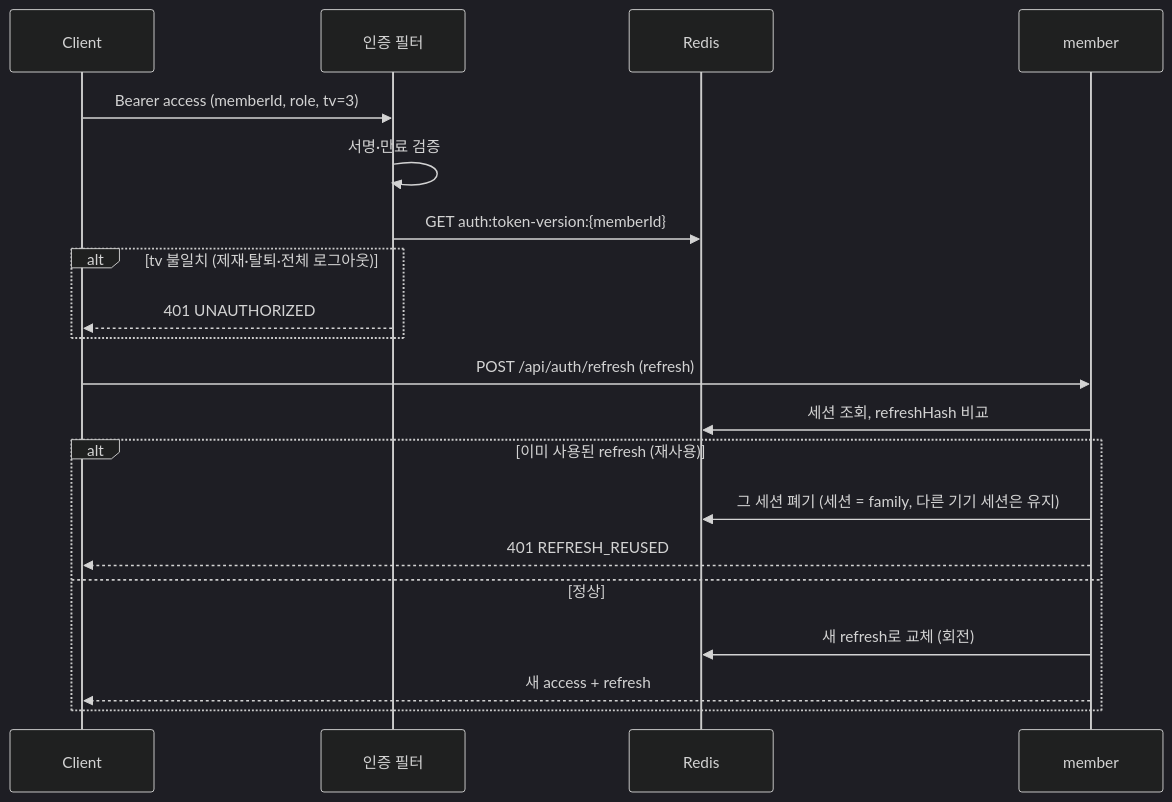
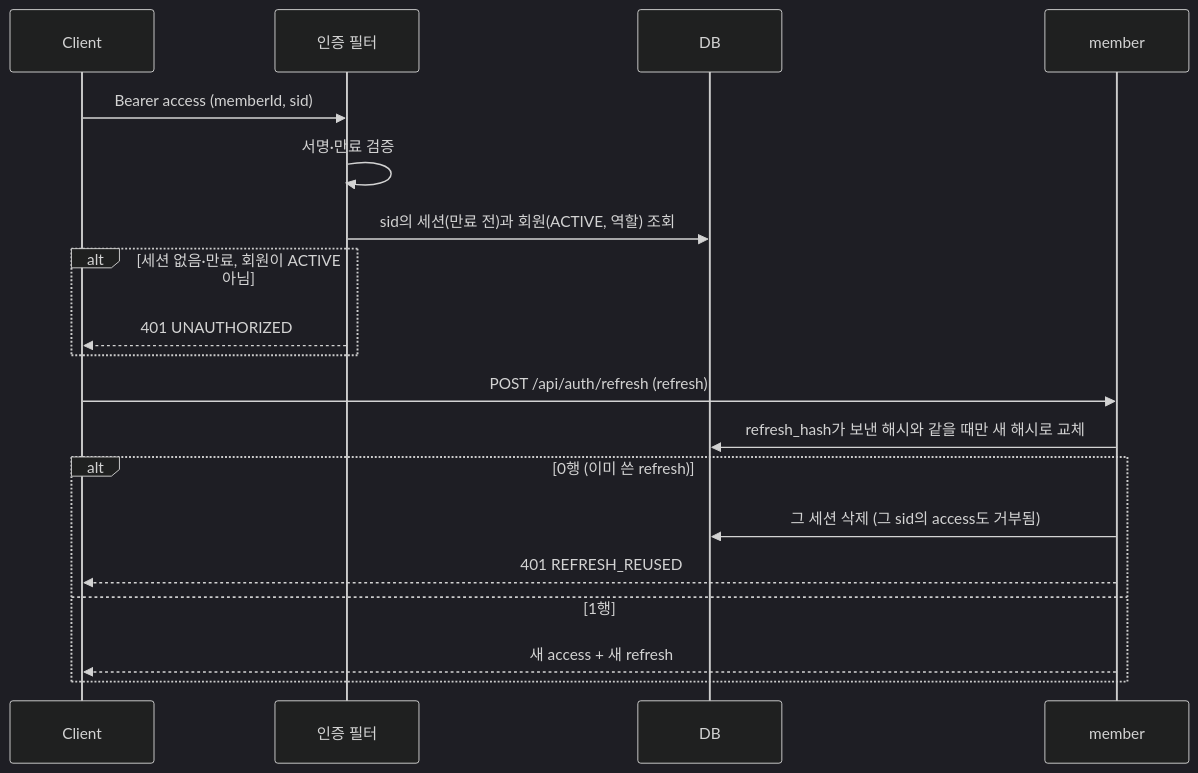
One commit to 95twan/myroutine-v2 changed the tenth of 10 diagrams in docs/02-design/06-sequences.md. Above: the diagram before and after it, drawn with Mermaid (dark theme). The commit also changed other lines of this file and 56 other files, not shown here.

First line of the commit message:
fix(member): refresh 세션을 DB로 옮기고 세션 행으로 끊음 (SUB-25) (#110)

````diff
--- a/docs/02-design/06-sequences.md
+++ b/docs/02-design/06-sequences.md
@@ -287,22 +288,21 @@
 ```mermaid
 sequenceDiagram
   participant C as Client
   participant F as 인증 필터
-  participant R as Redis
+  participant D as DB
   participant M as member
-  C->>F: Bearer access (memberId, role, tv=3)
+  C->>F: Bearer access (memberId, sid)
   F->>F: 서명·만료 검증
-  F->>R: GET auth:token-version:{memberId}
-  alt tv 불일치 (제재·탈퇴·전체 로그아웃)
+  F->>D: sid의 세션(만료 전)과 회원(ACTIVE, 역할) 조회
+  alt 세션 없음·만료, 회원이 ACTIVE 아님
     F-->>C: 401 UNAUTHORIZED
   end
   C->>M: POST /api/auth/refresh (refresh)
-  M->>R: 세션 조회, refreshHash 비교
-  alt 이미 사용된 refresh (재사용)
-    M->>R: 그 세션 폐기 (세션 = family, 다른 기기 세션은 유지)
+  M->>D: refresh_hash가 보낸 해시와 같을 때만 새 해시로 교체
+  alt 0행 (이미 쓴 refresh)
+    M->>D: 그 세션 삭제 (그 sid의 access도 거부됨)
     M-->>C: 401 REFRESH_REUSED
-  else 정상
-    M->>R: 새 refresh로 교체 (회전)
-    M-->>C: 새 access + refresh
+  else 1행
+    M-->>C: 새 access + 새 refresh
   end
 ```
````
